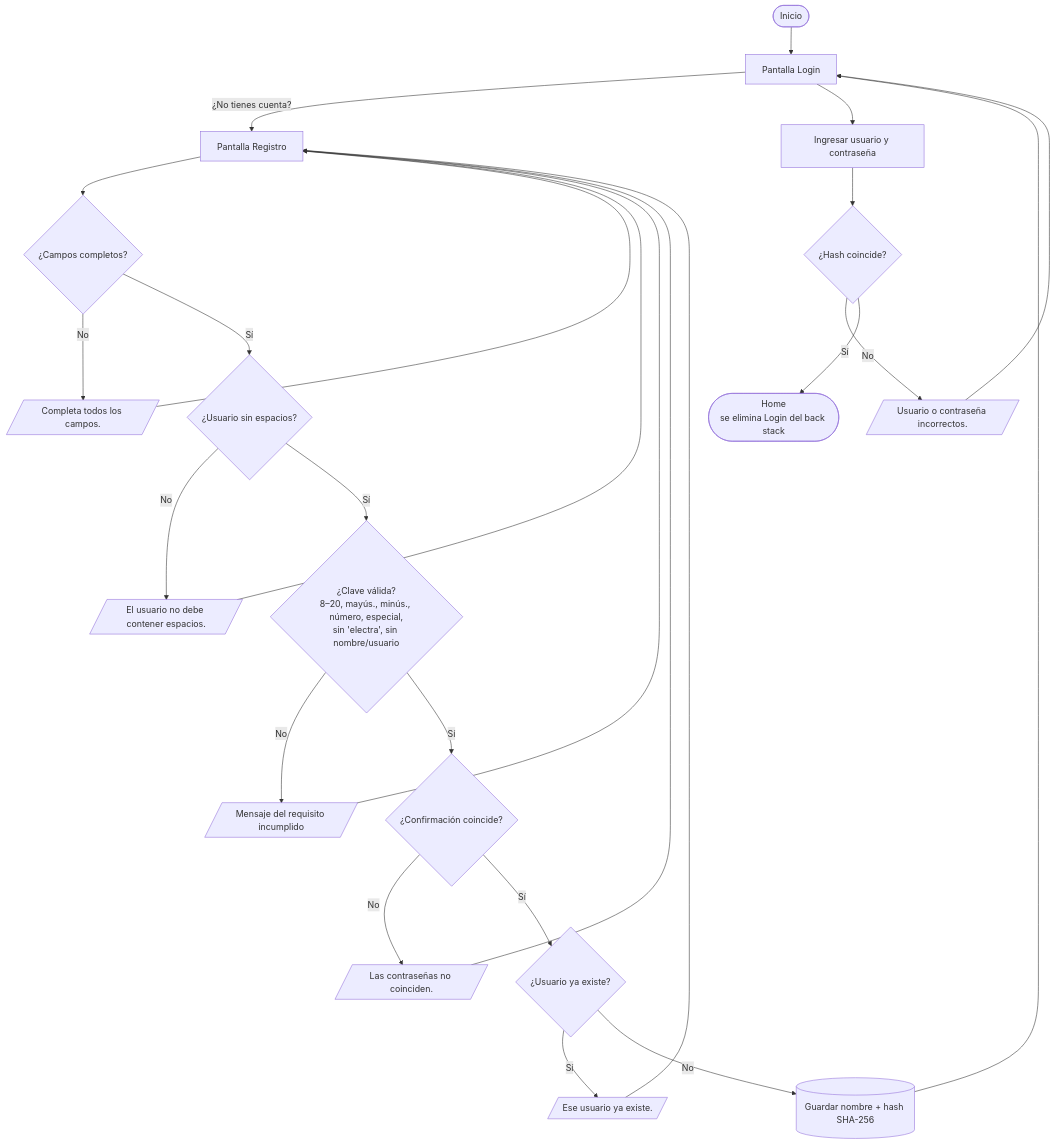
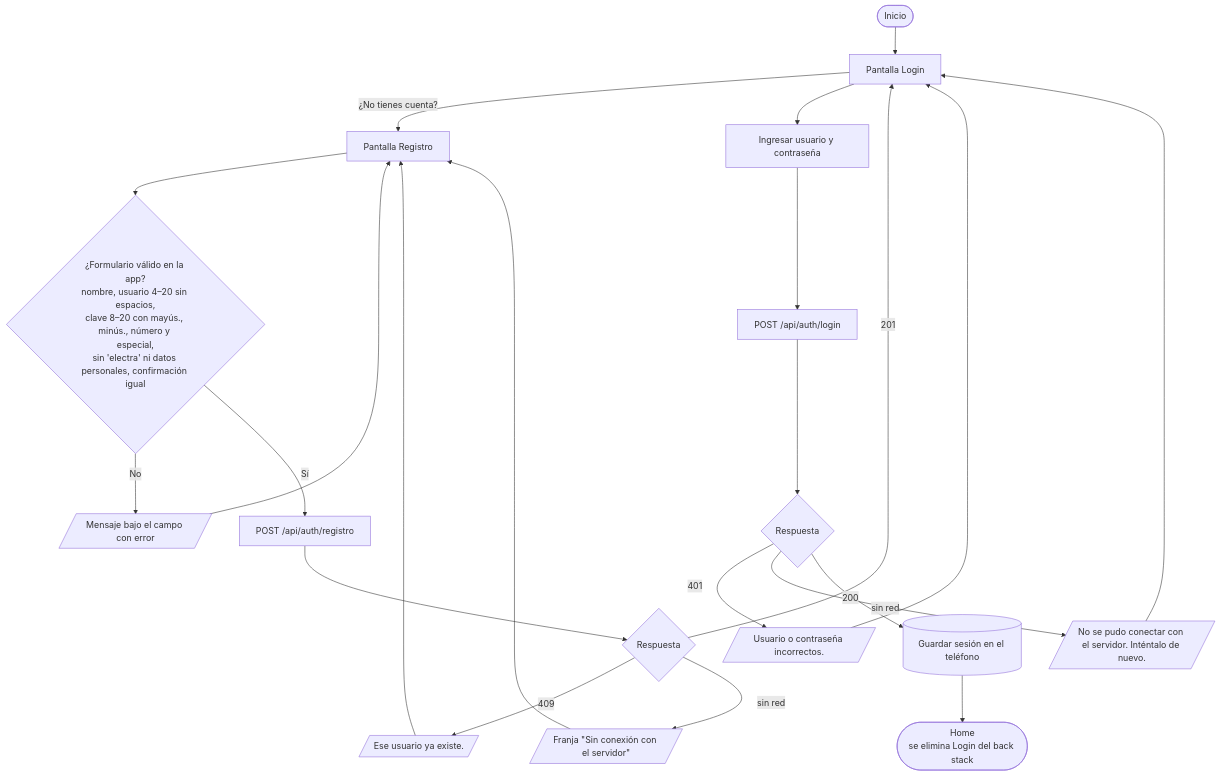
The second of 8 diagrams in PROCESO.md (Simon2853/Electra), drawn with Mermaid before and after one commit. The commit also changed other lines of this file and 2 other files, not shown here.

Commit message:
feat: actualizar la documentación de la app a los microservicios, Retrofit, Open-Meteo, Splash y pruebas unitarias

````diff
--- a/PROCESO.md
+++ b/PROCESO.md
@@ -34,20 +39,18 @@
 ```mermaid
 flowchart TD
     S([Inicio]) --> L[Pantalla Login]
     L -->|"¿No tienes cuenta?"| R[Pantalla Registro]
-    R --> V1{¿Campos completos?}
-    V1 -- No --> E1[/"Completa todos los campos."/] --> R
-    V1 -- Sí --> V2{¿Usuario sin espacios?}
-    V2 -- No --> E2[/"El usuario no debe contener espacios."/] --> R
-    V2 -- Sí --> V3{"¿Clave válida?<br/>8–20, mayús., minús., número, especial,<br/>sin 'electra', sin nombre/usuario"}
-    V3 -- No --> E3[/Mensaje del requisito incumplido/] --> R
-    V3 -- Sí --> V4{¿Confirmación coincide?}
-    V4 -- No --> E4[/"Las contraseñas no coinciden."/] --> R
-    V4 -- Sí --> V5{¿Usuario ya existe?}
-    V5 -- Sí --> E5[/"Ese usuario ya existe."/] --> R
-    V5 -- No --> G[(Guardar nombre + hash SHA-256)] --> L
+    R --> V1{"¿Formulario válido en la app?<br/>nombre, usuario 4–20 sin espacios,<br/>clave 8–20 con mayús., minús., número y especial,<br/>sin 'electra' ni datos personales, confirmación igual"}
+    V1 -- No --> E1[/Mensaje bajo el campo con error/] --> R
+    V1 -- Sí --> API1[POST /api/auth/registro]
+    API1 --> C1{Respuesta}
+    C1 -- 409 --> E2[/"Ese usuario ya existe."/] --> R
+    C1 -- sin red --> E3[/Franja "Sin conexión con el servidor"/] --> R
+    C1 -- 201 --> L
     L --> I[Ingresar usuario y contraseña]
-    I --> V6{¿Hash coincide?}
-    V6 -- No --> E6[/"Usuario o contraseña incorrectos."/] --> L
-    V6 -- Sí --> H([Home<br/>se elimina Login del back stack])
+    I --> API2[POST /api/auth/login]
+    API2 --> C2{Respuesta}
+    C2 -- 401 --> E4[/"Usuario o contraseña incorrectos."/] --> L
+    C2 -- sin red --> E5[/"No se pudo conectar con el servidor. Inténtalo de nuevo."/] --> L
+    C2 -- 200 --> G[(Guardar sesión en el teléfono)] --> H([Home<br/>se elimina Login del back stack])
 ```
````
